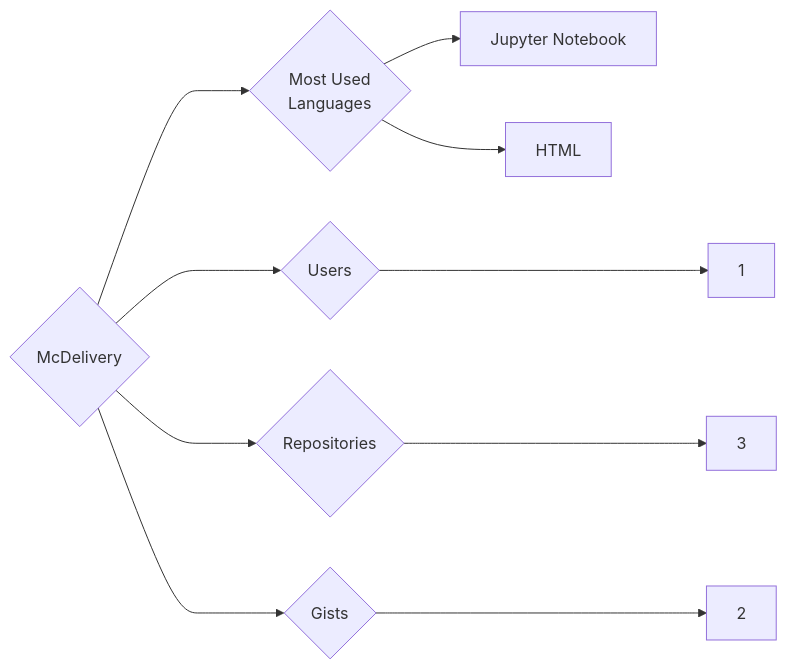
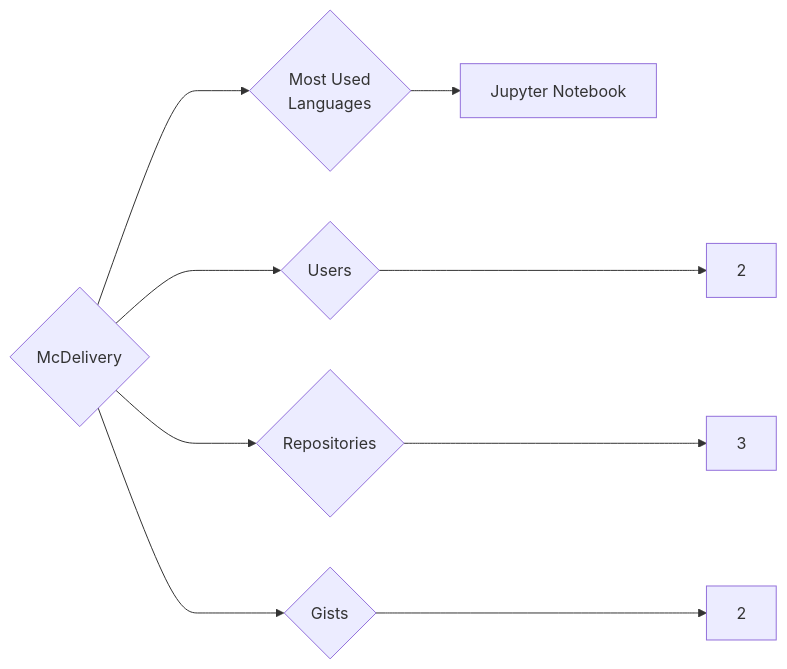
Before and after one commit to trickest/insiders: the diagram in targets/McDelivery/README.md, drawn with Mermaid. The commit also changed 770 other files, not shown here.

````diff
--- a/targets/McDelivery/README.md
+++ b/targets/McDelivery/README.md
@@ -3,10 +3,9 @@
 ```mermaid
 graph LR
 COMPANY_NAME{McDelivery}
-COMPANY_NAME ---> U{Users} ---> UN[1]
+COMPANY_NAME ---> U{Users} ---> UN[2]
 COMPANY_NAME ---> R{Repositories} ---> RN[3]
 COMPANY_NAME ---> G{Gists} ---> GN[2]
 COMPANY_NAME ---> ML{Most Used<br>Languages}
 ML --> Jupyter_Notebook[Jupyter Notebook]
-ML --> HTML[HTML]
 ```
````
